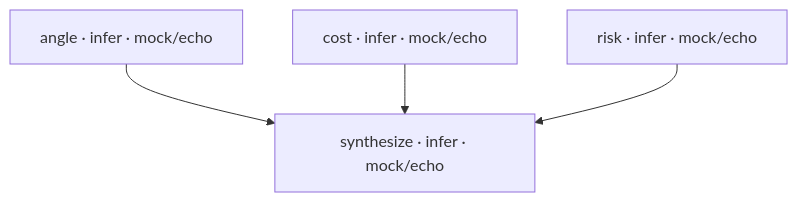
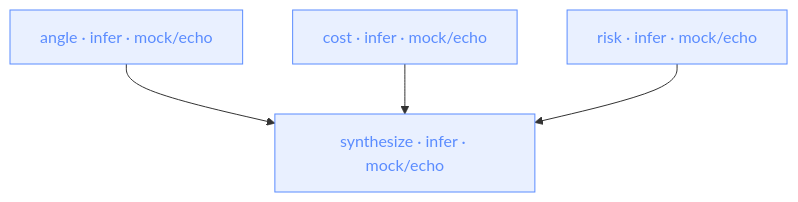
The diagram in README.md (supernovae-st/nika-spec), drawn with Mermaid before and after one commit. The commit also changed other lines of this file and 1 other file, not shown here.

Commit message:
readme: the dag section cites the file and the verb that exist
The sota pass cited examples/06-parallel-fanout (the real file is 02;
06 is code-review) and 'nika graph' (absorbed under inspect in the
Rams pass). The embedded mermaid is now the 0.100.0 binary's OWN
output — verb-identity classDefs included. llms-full reprojected.

````diff
--- a/README.md
+++ b/README.md
@@ -74,10 +74,11 @@
 ```mermaid
 graph TD
-  angle["angle · infer · mock/echo"]
-  cost["cost · infer · mock/echo"]
-  risk["risk · infer · mock/echo"]
-  synthesize["synthesize · infer · mock/echo"]
+  angle["angle · infer · mock/echo"]:::infer
+  cost["cost · infer · mock/echo"]:::infer
+  risk["risk · infer · mock/echo"]:::infer
+  synthesize["synthesize · infer · mock/echo"]:::infer
   angle --> synthesize
   cost --> synthesize
   risk --> synthesize
+  classDef infer fill:#5b8cff22,stroke:#5b8cff,color:#5b8cff
 ```
````
